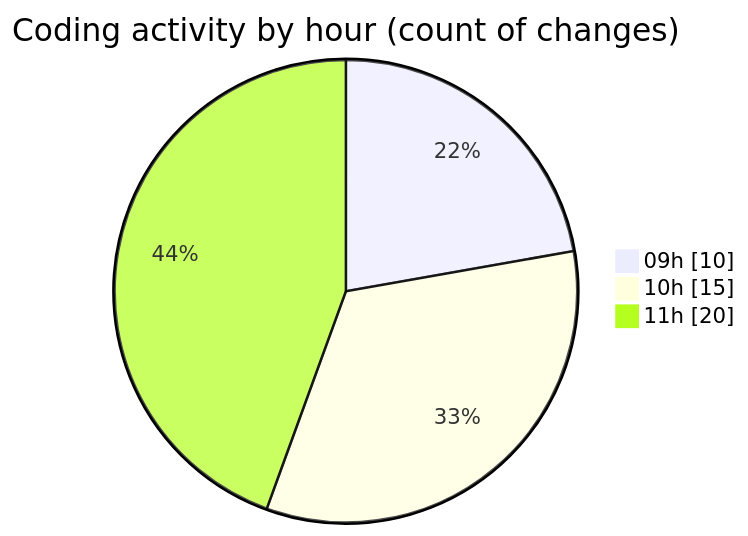
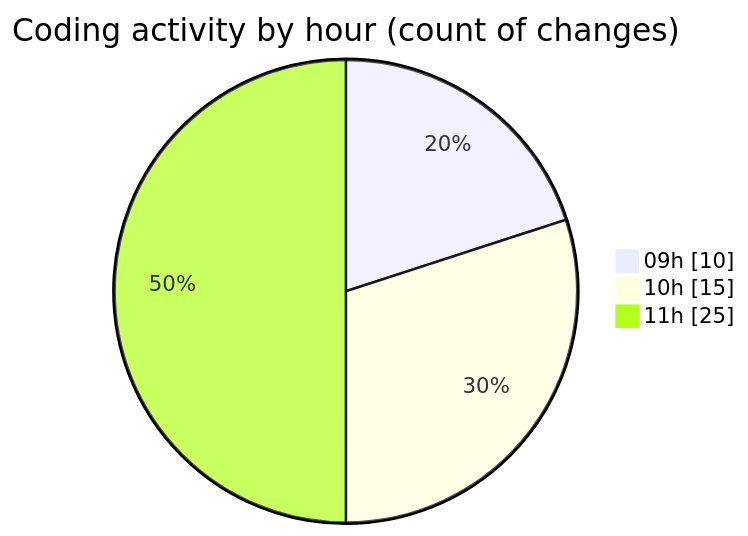
The second of 2 diagrams in 2025-03-21/myws__workspace_/README.md (MatusMokan/code-tracking), drawn with Mermaid before and after one commit. The commit also changed other lines of this file and 1 other file, not shown here.

````diff
--- a/2025-03-21/myws__workspace_/README.md
+++ b/2025-03-21/myws__workspace_/README.md
@@ -30,7 +30,7 @@
 ```mermaid
 pie showData
 title Coding activity by hour (count of changes)
 "09h" : 10
 "10h" : 15
-"11h" : 20
+"11h" : 25
 ```
````
